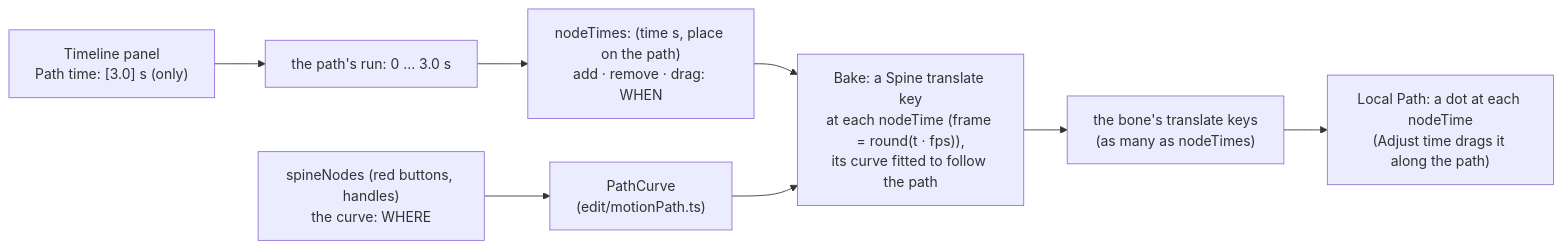
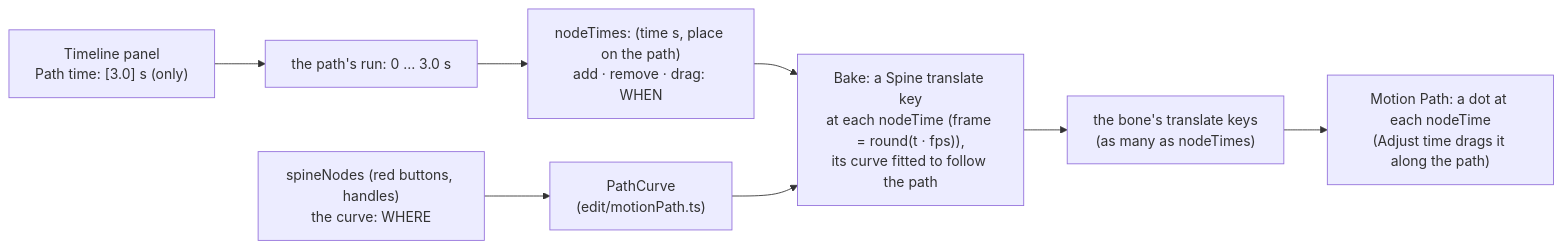
One commit to 12pnp/M0-Animation-2D changed the diagram in Editor-BoneBurst-Src/docs/PATH-TIME-PLAN.md. Above: the diagram before and after it, drawn with Mermaid. The commit also changed other lines of this file and 19 other files, not shown here.

Commit message:
BoneBurst Editor v2: rename the Local Path panel to Motion Path

````diff
--- a/Editor-BoneBurst-Src/docs/PATH-TIME-PLAN.md
+++ b/Editor-BoneBurst-Src/docs/PATH-TIME-PLAN.md
@@ -17,10 +17,10 @@
 ```mermaid
 flowchart LR
     TL["Timeline panel<br/>Path time: [3.0] s (only)"] --> RANGE["the path's run: 0 … 3.0 s"]
     SN["spineNodes (red buttons, handles)<br/>the curve: WHERE"] --> CURVE["PathCurve<br/>(edit/motionPath.ts)"]
     NT["nodeTimes: (time s, place on the path)<br/>add · remove · drag: WHEN"] --> BAKE
     CURVE --> BAKE["Bake: a Spine translate key<br/>at each nodeTime (frame = round(t · fps)),<br/>its curve fitted to follow the path"]
     RANGE --> NT
     BAKE --> KEYS["the bone's translate keys<br/>(as many as nodeTimes)"]
-    KEYS --> DOTS["Local Path: a dot at each nodeTime<br/>(Adjust time drags it along the path)"]
+    KEYS --> DOTS["Motion Path: a dot at each nodeTime<br/>(Adjust time drags it along the path)"]
 ```
````
